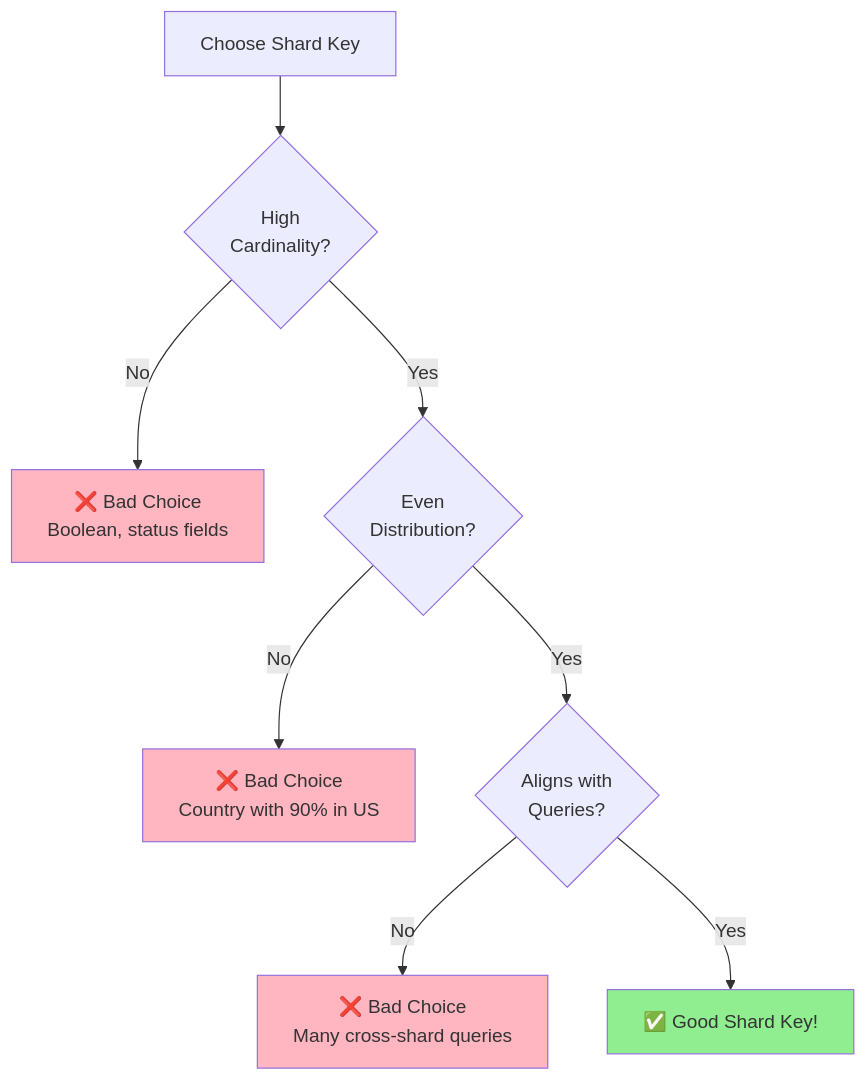
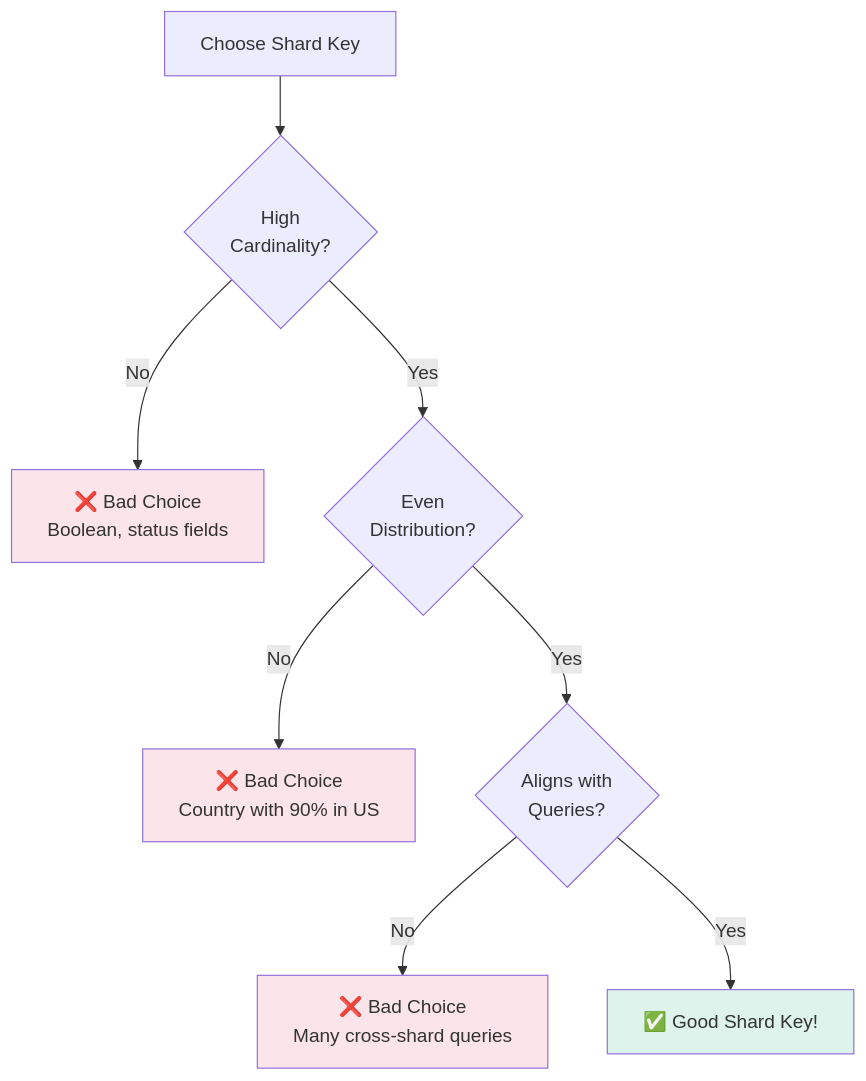
One commit to cartmancodes/InterviewVault changed the seventh of 46 diagrams in LLD/CoreConcepts/Sharding.md. Above: the diagram before and after it, drawn with Mermaid. The commit also changed other lines of this file and 679 other files, not shown here.

Commit message:
Unify content diagrams and add accessible visual walkthroughs

````diff
--- a/LLD/CoreConcepts/Sharding.md
+++ b/LLD/CoreConcepts/Sharding.md
@@ -198,19 +198,19 @@
 ```mermaid
 flowchart TB
     START[Choose Shard Key]
     
     START --> Q1{High<br/>Cardinality?}
     Q1 -->|No| BAD1[❌ Bad Choice<br/>Boolean, status fields]
     Q1 -->|Yes| Q2{Even<br/>Distribution?}
     
     Q2 -->|No| BAD2[❌ Bad Choice<br/>Country with 90% in US]
     Q2 -->|Yes| Q3{Aligns with<br/>Queries?}
     
     Q3 -->|No| BAD3[❌ Bad Choice<br/>Many cross-shard queries]
     Q3 -->|Yes| GOOD[✅ Good Shard Key!]
     
-    style BAD1 fill:#FFB6C1
-    style BAD2 fill:#FFB6C1
-    style BAD3 fill:#FFB6C1
-    style GOOD fill:#90EE90
+    style BAD1 fill:#FCE5EA
+    style BAD2 fill:#FCE5EA
+    style BAD3 fill:#FCE5EA
+    style GOOD fill:#DDF3EC
 ```
````
